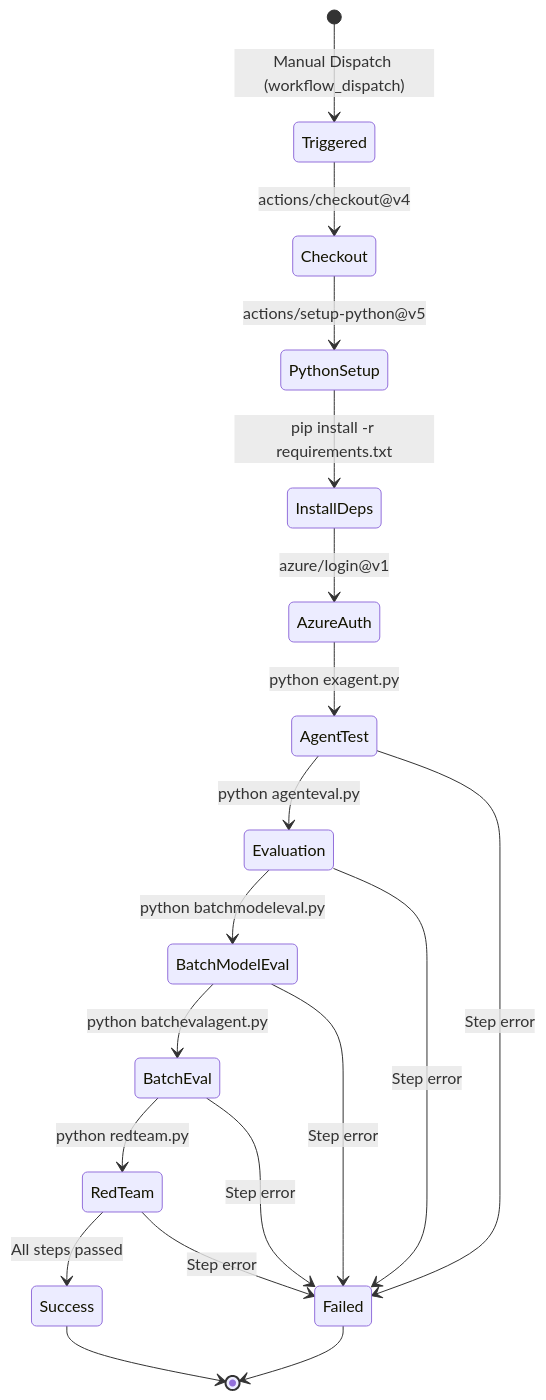
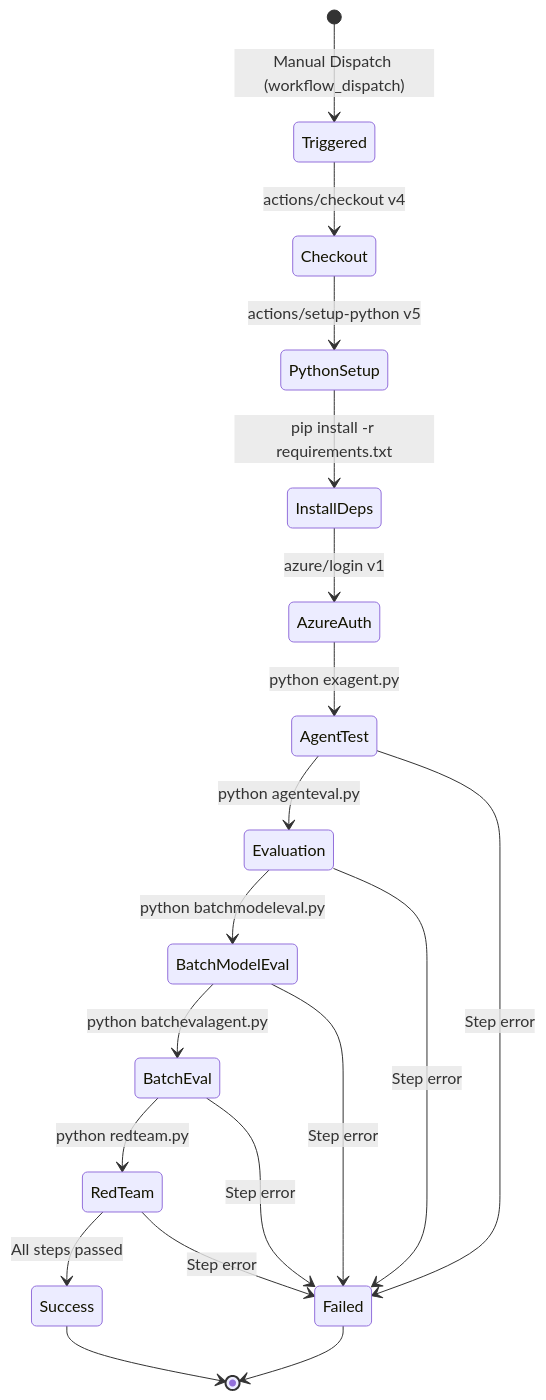
One commit to balakreshnan/msagentframework changed diagram 12 of 15 in docs/CICD_AGENT_CONSUMPTION_SINGLE_ENV.md. Above: the diagram before and after it, drawn with Mermaid. The commit also changed other lines of this file and 1 other file, not shown here.

Commit message:
Fix Mermaid diagram parse errors in CICD_AGENT_CONSUMPTION_SINGLE_ENV.md and PYTHON_MODULES.md

````diff
--- a/docs/CICD_AGENT_CONSUMPTION_SINGLE_ENV.md
+++ b/docs/CICD_AGENT_CONSUMPTION_SINGLE_ENV.md
@@ -423,24 +423,24 @@
 ```mermaid
 stateDiagram-v2
     [*] --> Triggered : Manual Dispatch (workflow_dispatch)
-    Triggered --> Checkout : actions/checkout@v4
-    Checkout --> PythonSetup : actions/setup-python@v5
+    Triggered --> Checkout : actions/checkout v4
+    Checkout --> PythonSetup : actions/setup-python v5
     PythonSetup --> InstallDeps : pip install -r requirements.txt
-    InstallDeps --> AzureAuth : azure/login@v1
+    InstallDeps --> AzureAuth : azure/login v1
 
     AzureAuth --> AgentTest : python exagent.py
     AgentTest --> Evaluation : python agenteval.py
     Evaluation --> BatchModelEval : python batchmodeleval.py
     BatchModelEval --> BatchEval : python batchevalagent.py
     BatchEval --> RedTeam : python redteam.py
     RedTeam --> Success : All steps passed
 
     AgentTest --> Failed : Step error
     Evaluation --> Failed : Step error
     BatchModelEval --> Failed : Step error
     BatchEval --> Failed : Step error
     RedTeam --> Failed : Step error
 
     Success --> [*]
     Failed --> [*]
 ```
````
